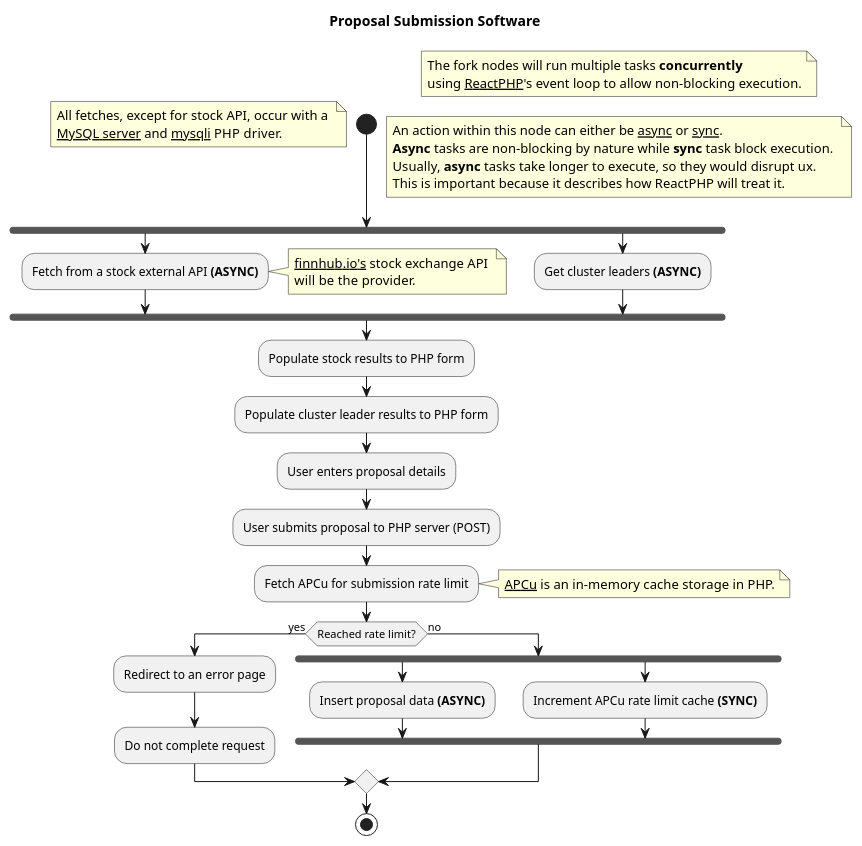
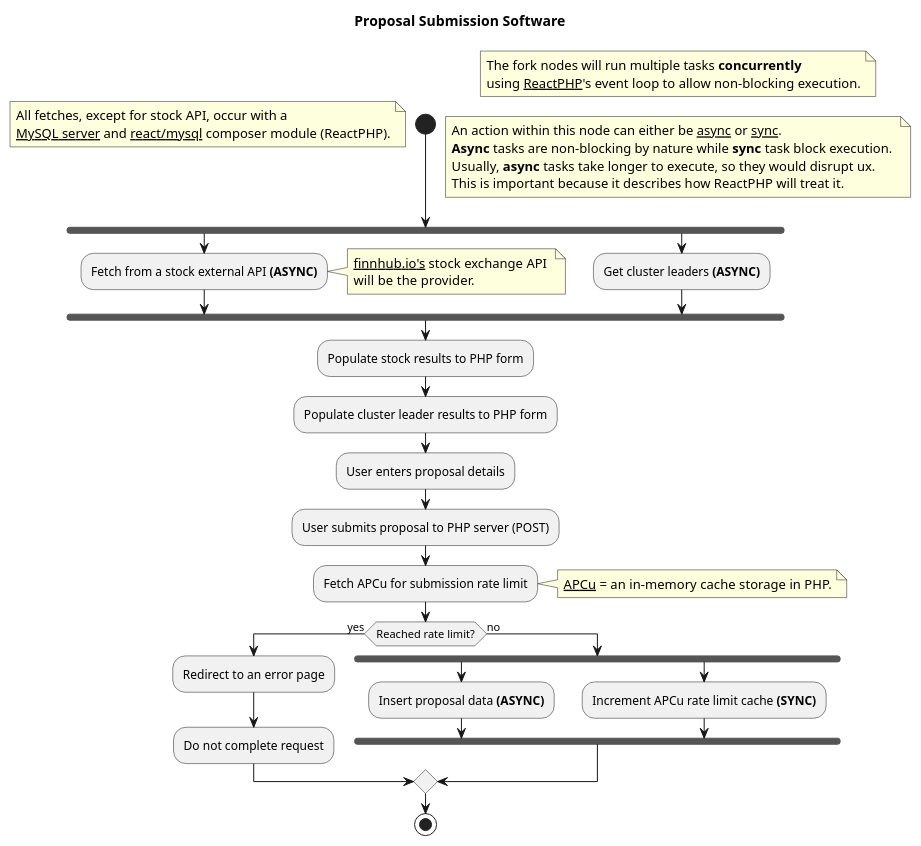
Before and after one commit to mystocks-africa/bycig-mkt: the diagram in software-design/Architecture.md, drawn with PlantUML. The commit also changed other lines of this file, not shown here.

````diff
--- a/software-design/Architecture.md
+++ b/software-design/Architecture.md
@@ -11,56 +11,56 @@
 ```plantuml
 @startuml
 
 title Proposal Submission Software
 
 start
 note left
   All fetches, except for stock API, occur with a 
-  <u>MySQL server</u> and <u>mysqli</u> PHP driver.
+  <u>MySQL server</u> and <u>react/mysql</u> composer module (ReactPHP).
 end note
 
 note right
   The fork nodes will run multiple tasks <b>concurrently</b>
   using <u>ReactPHP</u>'s event loop to allow non-blocking execution.
 end note
 
 note right
     An action within this node can either be <u>async</u> or <u>sync</u>.
     <b>Async</b> tasks are non-blocking by nature while <b>sync</b> task block execution. 
     Usually, <b>async</b> tasks take longer to execute, so they would disrupt ux. 
     This is important because it describes how ReactPHP will treat it.
 end note
 
 fork
     :Fetch from a stock external API <b>(ASYNC)</b>;
     note right
         <u>finnhub.io's</u> stock exchange API 
         will be the provider.
     end note
 fork again
     :Get cluster leaders <b>(ASYNC)</b>;
 end fork
 
 :Populate stock results to PHP form;
 :Populate cluster leader results to PHP form;
 :User enters proposal details;
 :User submits proposal to PHP server (POST);
 :Fetch APCu for submission rate limit;
 
 note right
-  <u>APCu</u> is an in-memory cache storage in PHP.
+  <u>APCu</u> = an in-memory cache storage in PHP.
 end note
 
 if (Reached rate limit?) then (yes)
     :Redirect to an error page;
     :Do not complete request;
 else (no)
     fork
         :Insert proposal data <b>(ASYNC)</b>;
     fork again
         :Increment APCu rate limit cache <b>(SYNC)</b>;
     end fork
 endif
 stop
 @enduml
 ```
````
